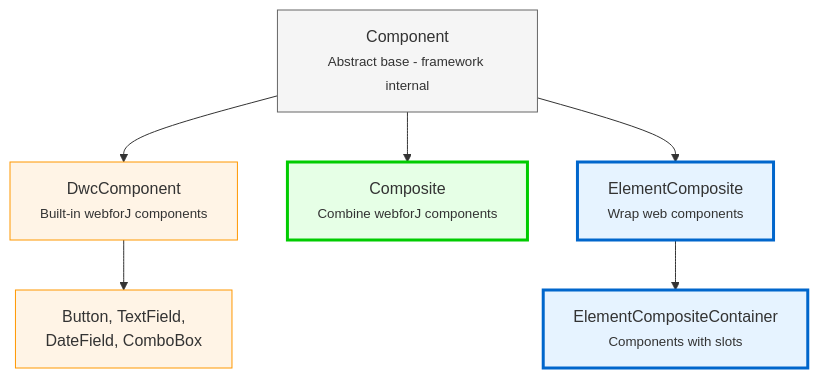
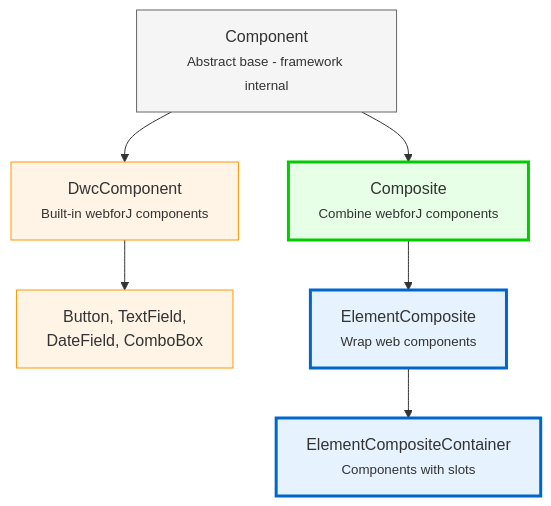
The diagram in docs/docs/building-ui/component-fundamentals.md (webforj/webforj-documentation), drawn with Mermaid before and after one commit. The commit also changed other lines of this file, not shown here.

Commit message:
updated chart and changed font

````diff
--- a/docs/docs/building-ui/component-fundamentals.md
+++ b/docs/docs/building-ui/component-fundamentals.md
@@ -52,22 +52,22 @@
 ```mermaid
 graph TD
     A[Component<br/><small>Abstract base - framework internal</small>]
     
     A --> B[DwcComponent<br/><small>Built-in webforJ components</small>]
     A --> C[Composite<br/><small>Combine webforJ components</small>]
-    A --> D[ElementComposite<br/><small>Wrap web components</small>]
     
     B --> E[Button, TextField,<br/>DateField, ComboBox]
     
+    C --> D[ElementComposite<br/><small>Wrap web components</small>]
     D --> F[ElementCompositeContainer<br/><small>Components with slots</small>]
     
     style A fill:#f5f5f5,stroke:#666
     style B fill:#fff4e6,stroke:#ff9800
     style C fill:#e6ffe6,stroke:#00cc00
     style D fill:#e6f3ff,stroke:#0066cc
     style E fill:#fff4e6,stroke:#ff9800
     style F fill:#e6f3ff,stroke:#0066cc
     
     classDef userClass stroke-width:3px
     class C,D,F userClass
 ```
````
